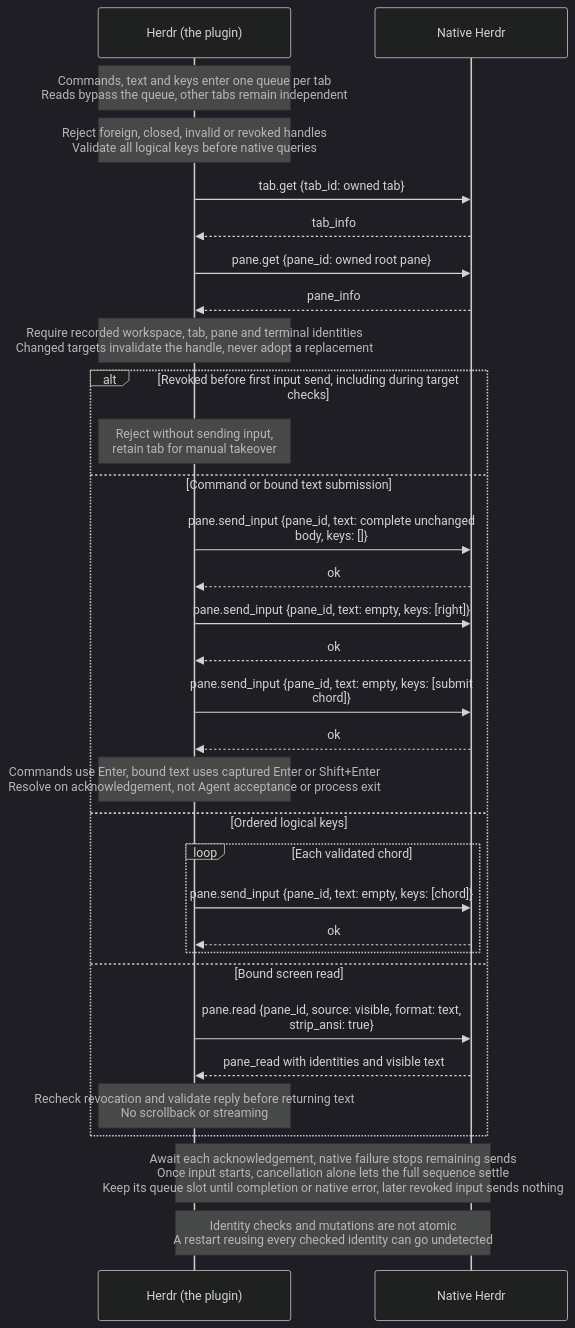
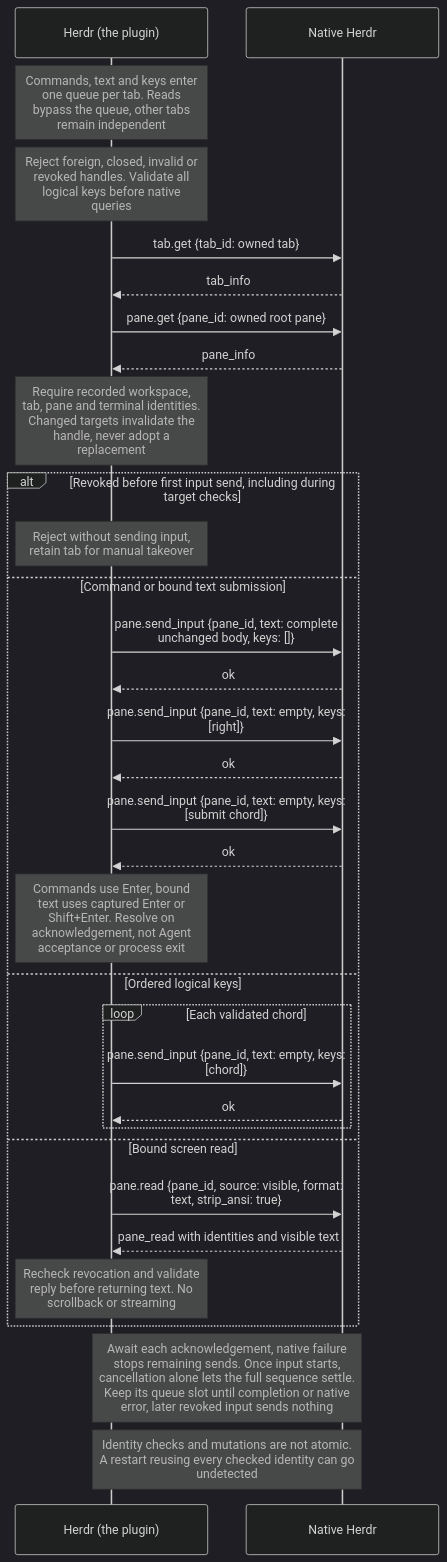
The second of 4 diagrams in docs/herdr-protocol.md (BuddyLabsCo/issue-runner-herdr), drawn with Mermaid (dark theme) before and after one commit. The commit also changed other lines of this file, not shown here.

Commit message:
docs: [issue-48] prevent clipping in protocol sequences

````diff
--- a/docs/herdr-protocol.md
+++ b/docs/herdr-protocol.md
@@ -52,35 +52,35 @@
 ```mermaid
 %%{init: {"sequence": {"width": 250, "wrap": true}}}%%
 sequenceDiagram
     participant H as Herdr (the plugin)
     participant N as Native Herdr
-    Note over H: Commands, text and keys enter one queue per tab<br/>Reads bypass the queue, other tabs remain independent
-    Note over H: Reject foreign, closed, invalid or revoked handles<br/>Validate all logical keys before native queries
+    Note over H: Commands, text and keys enter one queue per tab. Reads bypass the queue, other tabs remain independent
+    Note over H: Reject foreign, closed, invalid or revoked handles. Validate all logical keys before native queries
     H->>N: tab.get {tab_id: owned tab}
     N-->>H: tab_info
     H->>N: pane.get {pane_id: owned root pane}
     N-->>H: pane_info
-    Note over H: Require recorded workspace, tab, pane and terminal identities<br/>Changed targets invalidate the handle, never adopt a replacement
+    Note over H: Require recorded workspace, tab, pane and terminal identities. Changed targets invalidate the handle, never adopt a replacement
     alt Revoked before first input send, including during target checks
         Note over H: Reject without sending input, retain tab for manual takeover
     else Command or bound text submission
         H->>N: pane.send_input {pane_id, text: complete unchanged body, keys: []}
         N-->>H: ok
         H->>N: pane.send_input {pane_id, text: empty, keys: [right]}
         N-->>H: ok
         H->>N: pane.send_input {pane_id, text: empty, keys: [submit chord]}
         N-->>H: ok
-        Note over H: Commands use Enter, bound text uses captured Enter or Shift+Enter<br/>Resolve on acknowledgement, not Agent acceptance or process exit
+        Note over H: Commands use Enter, bound text uses captured Enter or Shift+Enter. Resolve on acknowledgement, not Agent acceptance or process exit
     else Ordered logical keys
         loop Each validated chord
             H->>N: pane.send_input {pane_id, text: empty, keys: [chord]}
             N-->>H: ok
         end
     else Bound screen read
         H->>N: pane.read {pane_id, source: visible, format: text, strip_ansi: true}
         N-->>H: pane_read with identities and visible text
-        Note over H: Recheck revocation and validate reply before returning text<br/>No scrollback or streaming
+        Note over H: Recheck revocation and validate reply before returning text. No scrollback or streaming
     end
-    Note over H,N: Await each acknowledgement, native failure stops remaining sends<br/>Once input starts, cancellation alone lets the full sequence settle<br/>Keep its queue slot until completion or native error, later revoked input sends nothing
-    Note over H,N: Identity checks and mutations are not atomic<br/>A restart reusing every checked identity can go undetected
+    Note over H,N: Await each acknowledgement, native failure stops remaining sends. Once input starts, cancellation alone lets the full sequence settle. Keep its queue slot until completion or native error, later revoked input sends nothing
+    Note over H,N: Identity checks and mutations are not atomic. A restart reusing every checked identity can go undetected
 ```
````
